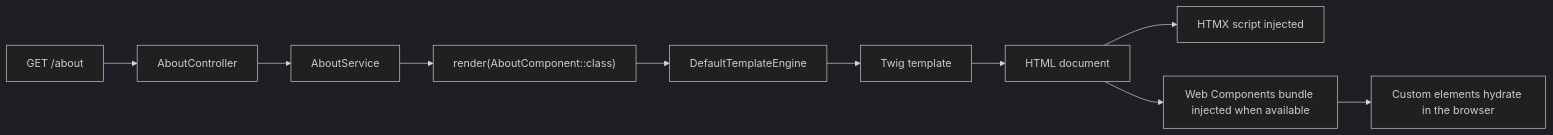
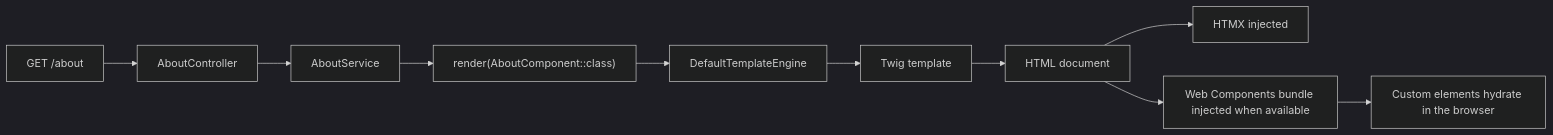
One commit to assegaiphp/core changed the diagram in docs/pages-and-components.md. Above: the diagram before and after it, drawn with Mermaid (dark theme). The commit also changed other lines of this file and 69 other files, not shown here.

````diff
--- a/docs/pages-and-components.md
+++ b/docs/pages-and-components.md
@@ -357,12 +360,12 @@
 ```mermaid
 flowchart LR
   A["GET /about"] --> B["AboutController"]
   B --> C["AboutService"]
   C --> D["render(AboutComponent::class)"]
   D --> E["DefaultTemplateEngine"]
   E --> F["Twig template"]
   F --> G["HTML document"]
-  G --> H["HTMX script injected"]
+  G --> H["HTMX injected"]
   G --> I["Web Components bundle injected when available"]
   I --> J["Custom elements hydrate in the browser"]
 ```
````
